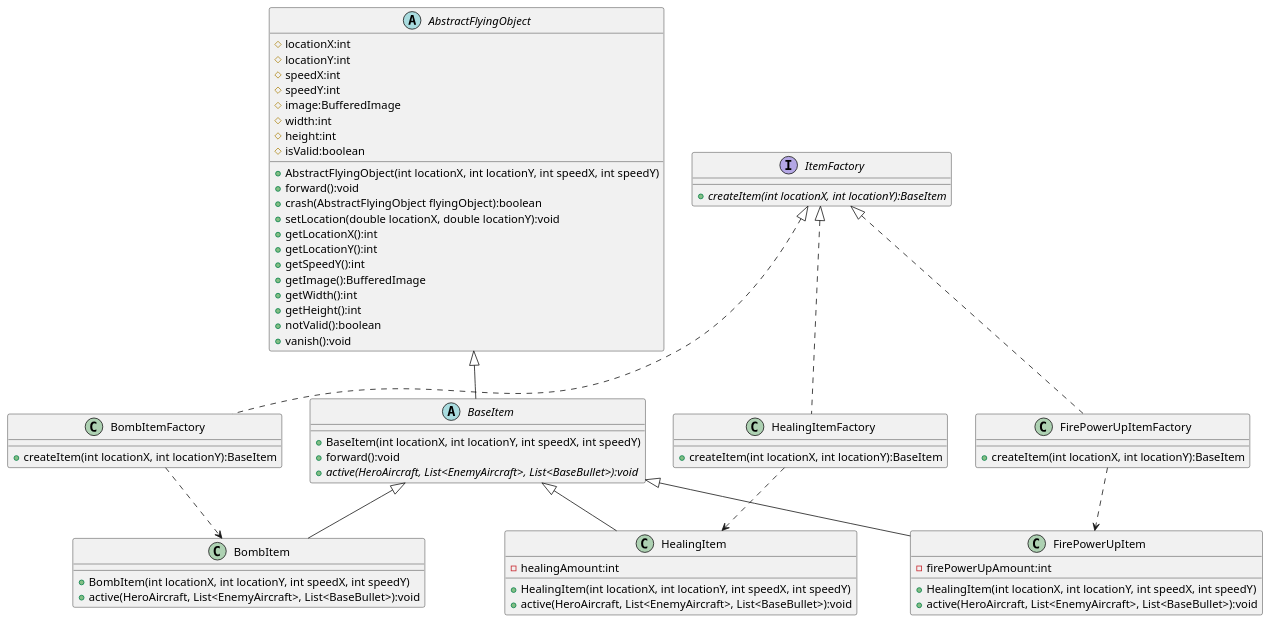
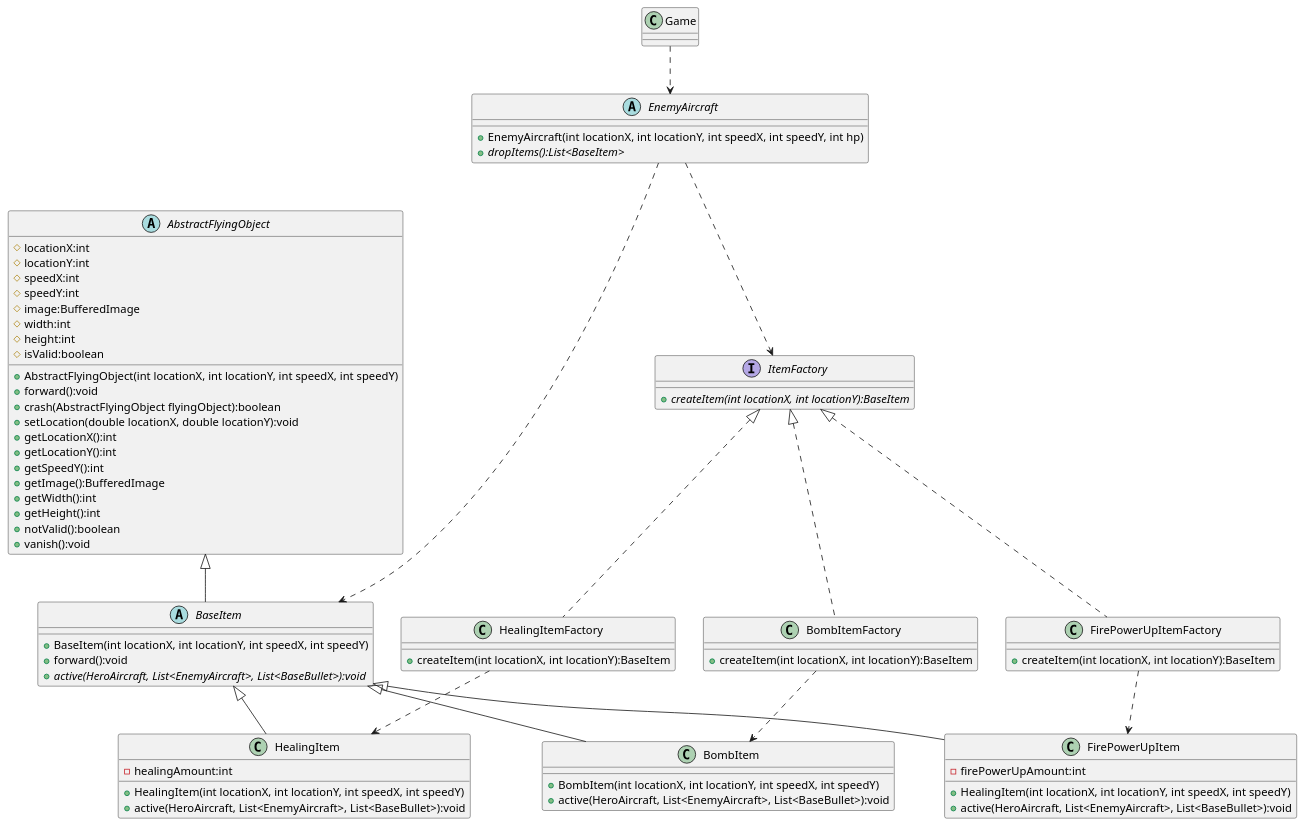
The diagram in uml/Items.puml (SymmFz/OOP-AircraftWar-Practice), drawn with PlantUML before and after one commit. The commit also changed 1 other file, not shown here.

```diff
--- a/uml/Items.puml
+++ b/uml/Items.puml
@@ -1,87 +1,103 @@
 @startuml
 'https://plantuml.com/class-diagram
+
+class Game
+{
+
+}
+
+abstract class EnemyAircraft
+{
+    + EnemyAircraft(int locationX, int locationY, int speedX, int speedY, int hp)
+    + {abstract} dropItems():List<BaseItem>
+}
+
+Game ..> EnemyAircraft
+
+EnemyAircraft ..> BaseItem
+EnemyAircraft ..> ItemFactory
 
 interface ItemFactory
 {
     + {abstract} createItem(int locationX, int locationY):BaseItem
 }
 
 class BombItemFactory
 {
     + createItem(int locationX, int locationY):BaseItem
 }
 
 class HealingItemFactory
 {
     + createItem(int locationX, int locationY):BaseItem
 }
 
 class FirePowerUpItemFactory
 {
     + createItem(int locationX, int locationY):BaseItem
 }
 
 ItemFactory <|.. BombItemFactory
 ItemFactory <|.. HealingItemFactory
 ItemFactory <|.. FirePowerUpItemFactory
 
 
 abstract class AbstractFlyingObject
 {
     # locationX:int
     # locationY:int
     # speedX:int
     # speedY:int
     # image:BufferedImage
     # width:int
     # height:int
     # isValid:boolean
 
     + AbstractFlyingObject(int locationX, int locationY, int speedX, int speedY)
     + forward():void
     + crash(AbstractFlyingObject flyingObject):boolean
     + setLocation(double locationX, double locationY):void
     + getLocationX():int
     + getLocationY():int
     + getSpeedY():int
     + getImage():BufferedImage
     + getWidth():int
     + getHeight():int
     + notValid():boolean
     + vanish():void
 }
 
 abstract class BaseItem {
     + BaseItem(int locationX, int locationY, int speedX, int speedY)
     + forward():void
     + {abstract} active(HeroAircraft, List<EnemyAircraft>, List<BaseBullet>):void
 }
 
 AbstractFlyingObject <|-- BaseItem
 
 class HealingItem {
     - healingAmount:int
     + HealingItem(int locationX, int locationY, int speedX, int speedY)
     + active(HeroAircraft, List<EnemyAircraft>, List<BaseBullet>):void
 }
 
 class FirePowerUpItem {
     - firePowerUpAmount:int
     + HealingItem(int locationX, int locationY, int speedX, int speedY)
     + active(HeroAircraft, List<EnemyAircraft>, List<BaseBullet>):void
 }
 
 class BombItem {
     + BombItem(int locationX, int locationY, int speedX, int speedY)
     + active(HeroAircraft, List<EnemyAircraft>, List<BaseBullet>):void
 }
 
 BaseItem <|-- HealingItem
 BaseItem <|-- FirePowerUpItem
 BaseItem <|-- BombItem
 
 BombItemFactory ..> BombItem
 HealingItemFactory ..> HealingItem
 FirePowerUpItemFactory ..> FirePowerUpItem
 
 @enduml
```
